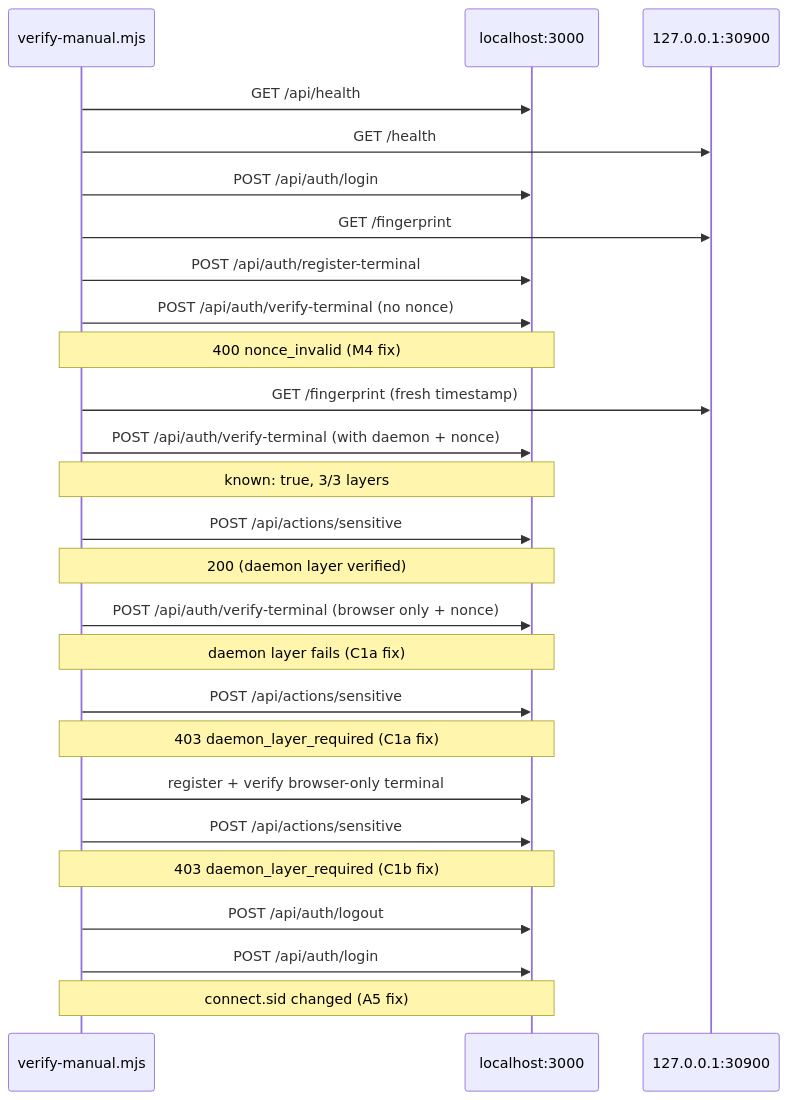
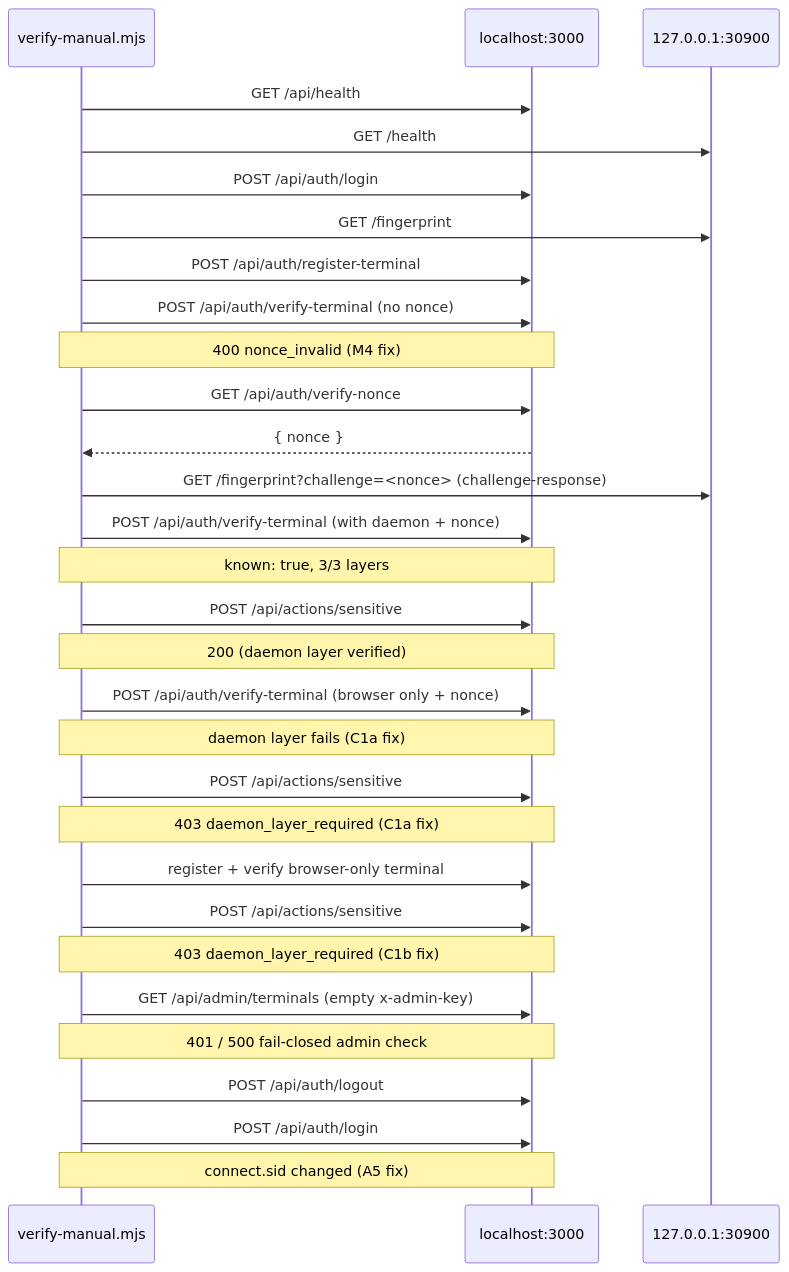
One commit to andermoreira/dna changed the fifth of 6 diagrams in README.md. Above: the diagram before and after it, drawn with Mermaid. The commit also changed other lines of this file and 12 other files, not shown here.

First line of the commit message:
fix(security): harden authentication, implement daemon challenge-response, and optimize performance

````diff
--- a/README.md
+++ b/README.md
@@ -285,32 +288,37 @@
 ```mermaid
 sequenceDiagram
     participant Script as verify-manual.mjs
     participant Server as localhost:3000
     participant Daemon as 127.0.0.1:30900
 
     Script->>Server: GET /api/health
     Script->>Daemon: GET /health
     Script->>Server: POST /api/auth/login
     Script->>Daemon: GET /fingerprint
     Script->>Server: POST /api/auth/register-terminal
     Script->>Server: POST /api/auth/verify-terminal (no nonce)
     Note over Script,Server: 400 nonce_invalid (M4 fix)
-    Script->>Daemon: GET /fingerprint (fresh timestamp)
+    Script->>Server: GET /api/auth/verify-nonce
+    Server-->>Script: { nonce }
+    Script->>Daemon: GET /fingerprint?challenge=<nonce> (challenge-response)
     Script->>Server: POST /api/auth/verify-terminal (with daemon + nonce)
     Note over Script,Server: known: true, 3/3 layers
     Script->>Server: POST /api/actions/sensitive
     Note over Script,Server: 200 (daemon layer verified)
 
     Script->>Server: POST /api/auth/verify-terminal (browser only + nonce)
     Note over Script,Server: daemon layer fails (C1a fix)
     Script->>Server: POST /api/actions/sensitive
     Note over Script,Server: 403 daemon_layer_required (C1a fix)
 
     Script->>Server: register + verify browser-only terminal
     Script->>Server: POST /api/actions/sensitive
     Note over Script,Server: 403 daemon_layer_required (C1b fix)
 
+    Script->>Server: GET /api/admin/terminals (empty x-admin-key)
+    Note over Script,Server: 401 / 500 fail-closed admin check
+
     Script->>Server: POST /api/auth/logout
     Script->>Server: POST /api/auth/login
     Note over Script,Server: connect.sid changed (A5 fix)
 ```
````
